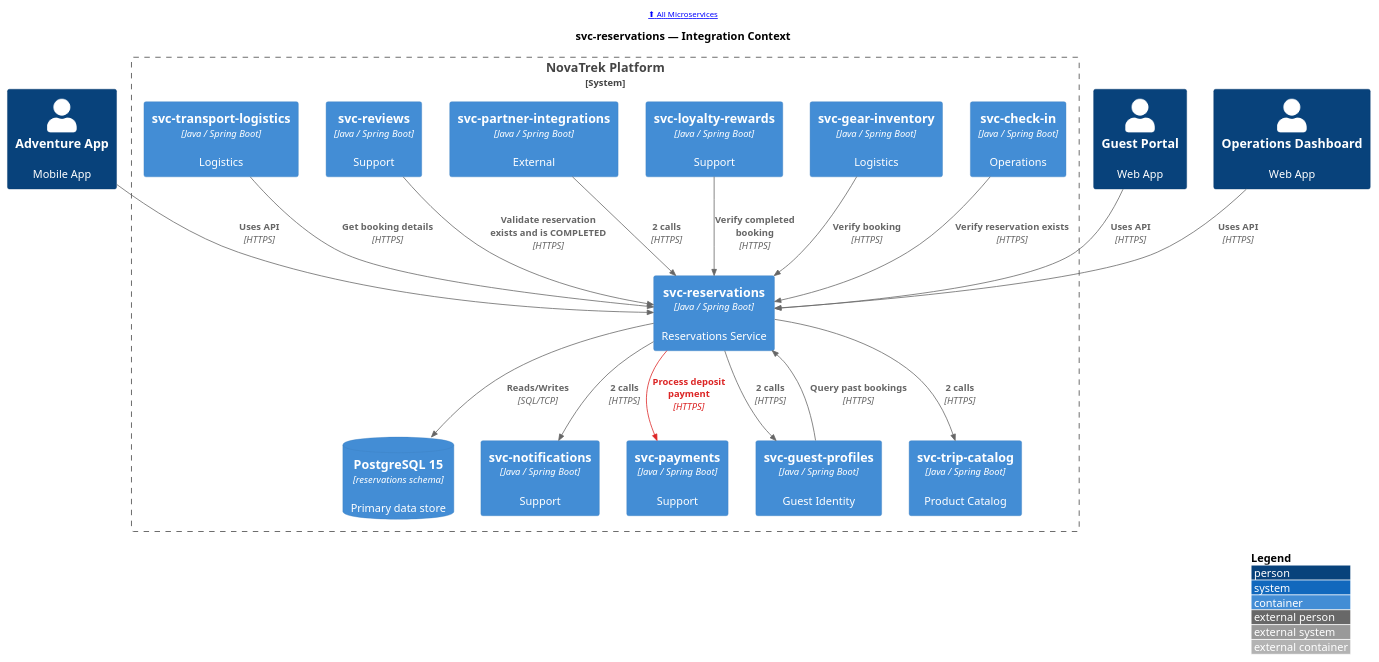
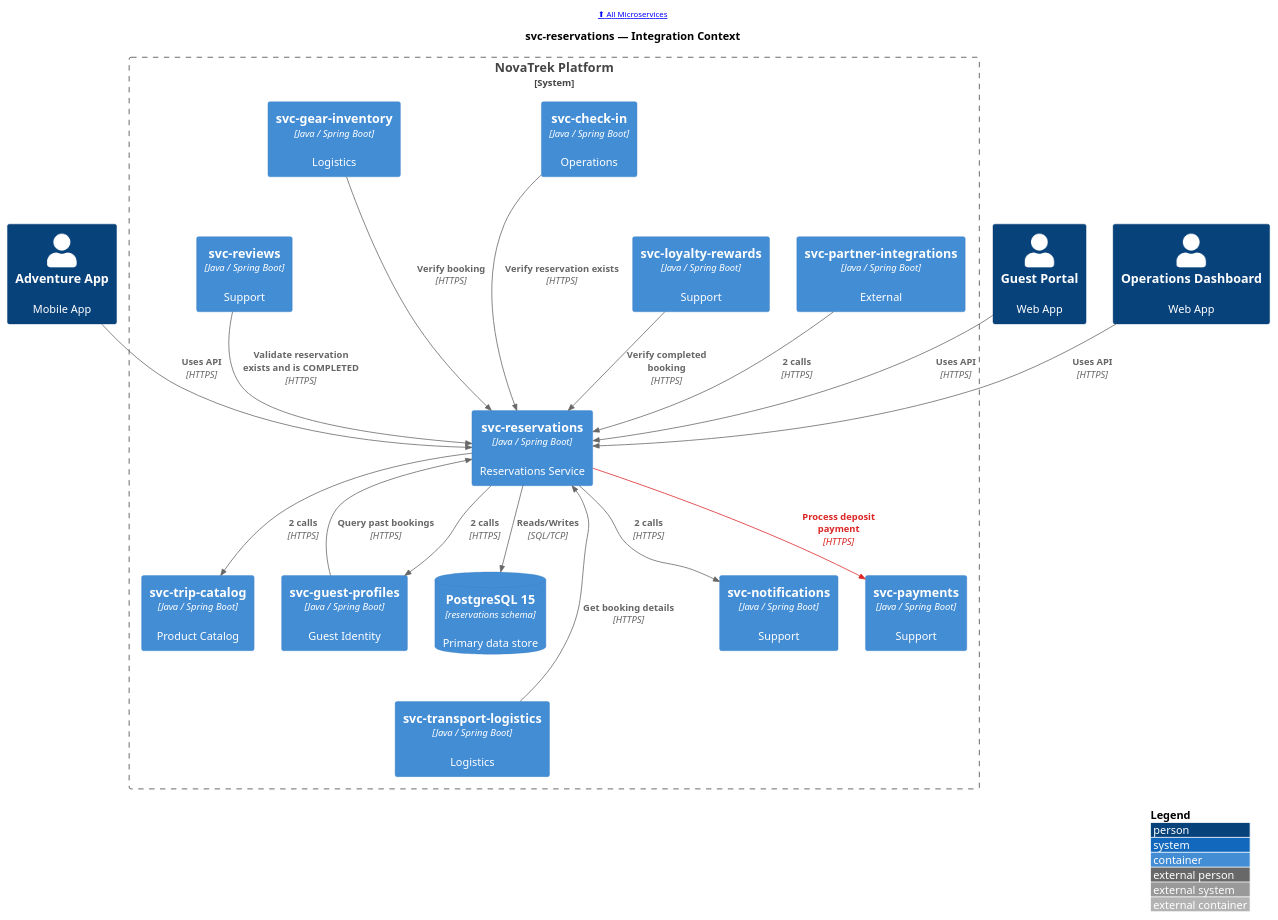
One commit to christopherblaisdell/continuous-architecture-platform-poc changed the diagram in portal/docs/microservices/puml/svc-reservations--c4-context.puml. Above: the diagram before and after it, drawn with PlantUML. The commit also changed 22 other files, not shown here.

First line of the commit message:
fix: restructure event-flow and C4 context diagram layouts for better aspect ratios

```diff
--- a/portal/docs/microservices/puml/svc-reservations--c4-context.puml
+++ b/portal/docs/microservices/puml/svc-reservations--c4-context.puml
@@ -1,49 +1,57 @@
 @startuml
 !include <c4/C4_Container>
 
 LAYOUT_WITH_LEGEND()
 LAYOUT_TOP_DOWN()
 
 AddRelTag("pci", $lineColor="#DC2626", $textColor="#DC2626", $legendText="PCI Data Flow")
 
 header [[/microservices/ ⬆ All Microservices]]
 
 title svc-reservations — Integration Context
 
 Person(app_guest_mobile, "Adventure App", "Mobile App", $link="/applications/app-guest-mobile/#service-dependencies")
 Person(web_guest_portal, "Guest Portal", "Web App", $link="/applications/web-guest-portal/#service-dependencies")
 Person(web_ops_dashboard, "Operations Dashboard", "Web App", $link="/applications/web-ops-dashboard/#service-dependencies")
 
 System_Boundary(boundary, "NovaTrek Platform") {
     Container(svc_reservations, "svc-reservations", "Java / Spring Boot", "Reservations Service", $link="/microservices/svc-reservations/")
     ContainerDb(svc_reservations_db, "PostgreSQL 15", "reservations schema", "Primary data store", $link="/microservices/svc-reservations/#data-store")
     Container(svc_check_in, "svc-check-in", "Java / Spring Boot", "Operations", $link="/microservices/svc-check-in/#integration-context")
     Container(svc_gear_inventory, "svc-gear-inventory", "Java / Spring Boot", "Logistics", $link="/microservices/svc-gear-inventory/#integration-context")
     Container(svc_guest_profiles, "svc-guest-profiles", "Java / Spring Boot", "Guest Identity", $link="/microservices/svc-guest-profiles/#integration-context")
     Container(svc_loyalty_rewards, "svc-loyalty-rewards", "Java / Spring Boot", "Support", $link="/microservices/svc-loyalty-rewards/#integration-context")
     Container(svc_partner_integrations, "svc-partner-integrations", "Java / Spring Boot", "External", $link="/microservices/svc-partner-integrations/#integration-context")
     Container(svc_reviews, "svc-reviews", "Java / Spring Boot", "Support", $link="/microservices/svc-reviews/#integration-context")
     Container(svc_transport_logistics, "svc-transport-logistics", "Java / Spring Boot", "Logistics", $link="/microservices/svc-transport-logistics/#integration-context")
     Container(svc_notifications, "svc-notifications", "Java / Spring Boot", "Support", $link="/microservices/svc-notifications/#integration-context")
     Container(svc_payments, "svc-payments", "Java / Spring Boot", "Support", $link="/microservices/svc-payments/#integration-context")
     Container(svc_trip_catalog, "svc-trip-catalog", "Java / Spring Boot", "Product Catalog", $link="/microservices/svc-trip-catalog/#integration-context")
 }
 
 
 Rel(app_guest_mobile, svc_reservations, "Uses API", "HTTPS")
 Rel(web_guest_portal, svc_reservations, "Uses API", "HTTPS")
 Rel(web_ops_dashboard, svc_reservations, "Uses API", "HTTPS")
 Rel(svc_check_in, svc_reservations, "Verify reservation exists", "HTTPS")
 Rel(svc_gear_inventory, svc_reservations, "Verify booking", "HTTPS")
 Rel(svc_guest_profiles, svc_reservations, "Query past bookings", "HTTPS")
 Rel(svc_loyalty_rewards, svc_reservations, "Verify completed booking", "HTTPS")
 Rel(svc_partner_integrations, svc_reservations, "2 calls", "HTTPS")
 Rel(svc_reviews, svc_reservations, "Validate reservation exists and is COMPLETED", "HTTPS")
 Rel(svc_transport_logistics, svc_reservations, "Get booking details", "HTTPS")
 Rel(svc_reservations, svc_reservations_db, "Reads/Writes", "SQL/TCP")
 Rel(svc_reservations, svc_guest_profiles, "2 calls", "HTTPS")
 Rel(svc_reservations, svc_notifications, "2 calls", "HTTPS")
 Rel(svc_reservations, svc_payments, "Process deposit payment", "HTTPS", $tags="pci")
 Rel(svc_reservations, svc_trip_catalog, "2 calls", "HTTPS")
 
+' Layout hints: stack peers in columns
+Lay_D(svc_check_in, svc_partner_integrations)
+Lay_D(svc_gear_inventory, svc_reviews)
+Lay_D(svc_guest_profiles, svc_transport_logistics)
+Lay_D(svc_loyalty_rewards, svc_notifications)
+Lay_D(svc_partner_integrations, svc_payments)
+Lay_D(svc_reviews, svc_trip_catalog)
+
 @enduml
```
